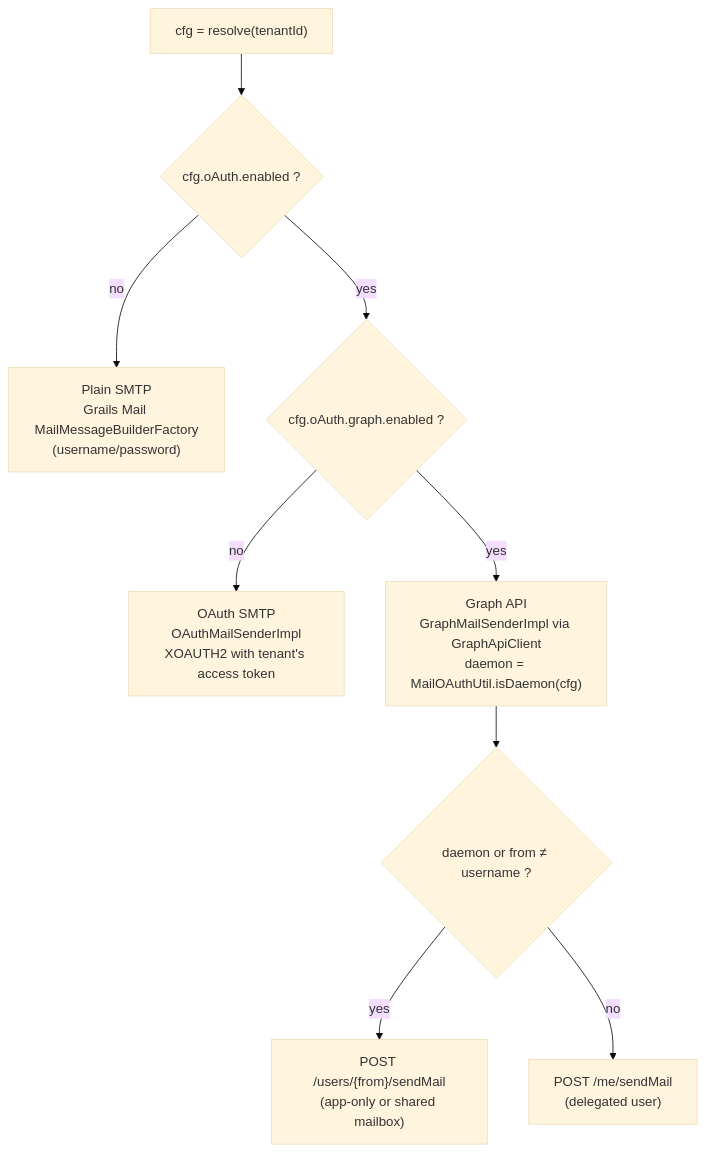
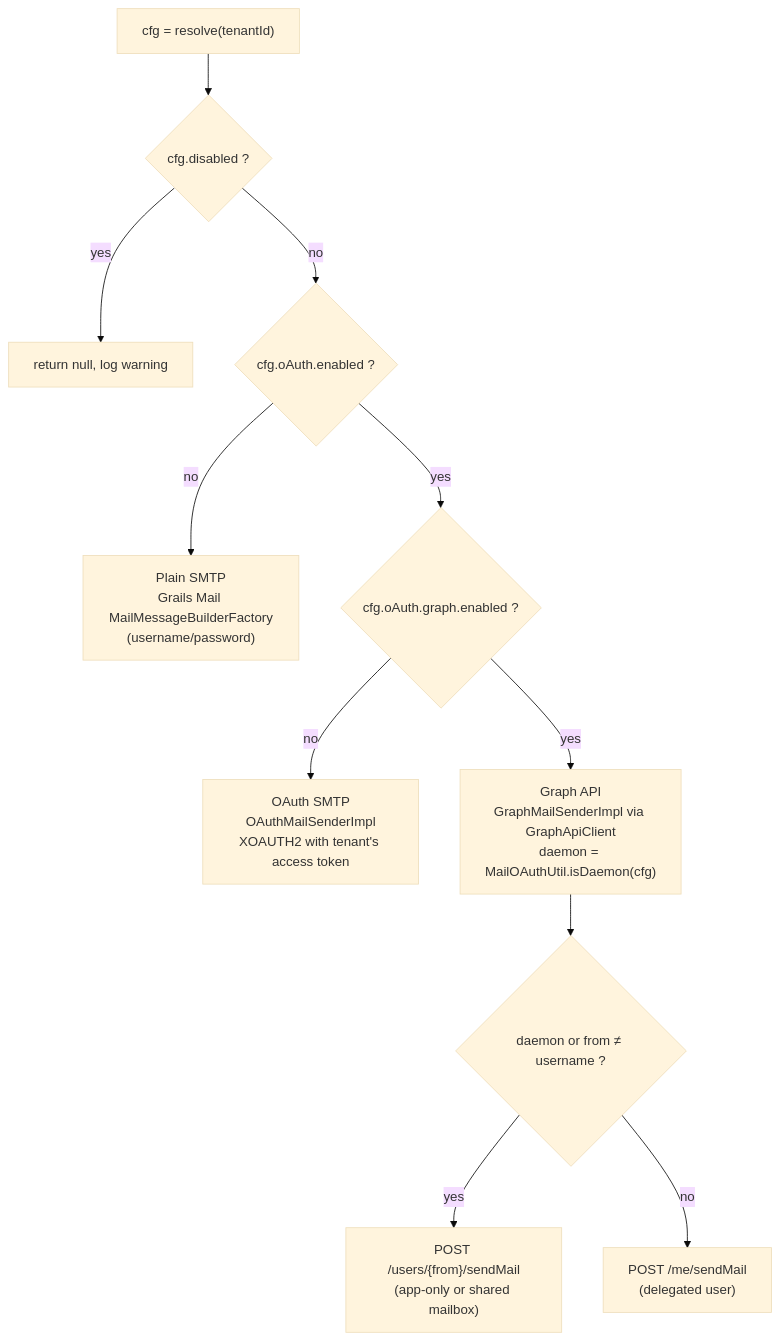
The fifth of 10 diagrams in docs/PLUGIN_DESIGN.md (vsachinv/mail-oauth), drawn with Mermaid (base theme) before and after one commit. The commit also changed other lines of this file and 6 other files, not shown here.

First line of the commit message:
PVR-107197: Honour grails.mail.disabled per tenant in TenantMailService

````diff
--- a/docs/PLUGIN_DESIGN.md
+++ b/docs/PLUGIN_DESIGN.md
@@ -192,11 +195,13 @@
 ```mermaid
 flowchart TD
-    S["cfg = resolve(tenantId)"] --> Q1{"cfg.oAuth.enabled ?"}
+    S["cfg = resolve(tenantId)"] --> Q0{"cfg.disabled ?"}
+    Q0 -- yes --> N["return null, log warning"]
+    Q0 -- no --> Q1{"cfg.oAuth.enabled ?"}
     Q1 -- no --> P["Plain SMTP<br/>Grails Mail MailMessageBuilderFactory<br/>(username/password)"]
     Q1 -- yes --> Q2{"cfg.oAuth.graph.enabled ?"}
     Q2 -- no --> O["OAuth SMTP<br/>OAuthMailSenderImpl<br/>XOAUTH2 with tenant's access token"]
     Q2 -- yes --> G["Graph API<br/>GraphMailSenderImpl via GraphApiClient<br/>daemon = MailOAuthUtil.isDaemon(cfg)"]
     G --> Q3{"daemon or from ≠ username ?"}
     Q3 -- yes --> U["POST /users/{from}/sendMail<br/>(app-only or shared mailbox)"]
     Q3 -- no --> M["POST /me/sendMail<br/>(delegated user)"]
 ```
````
